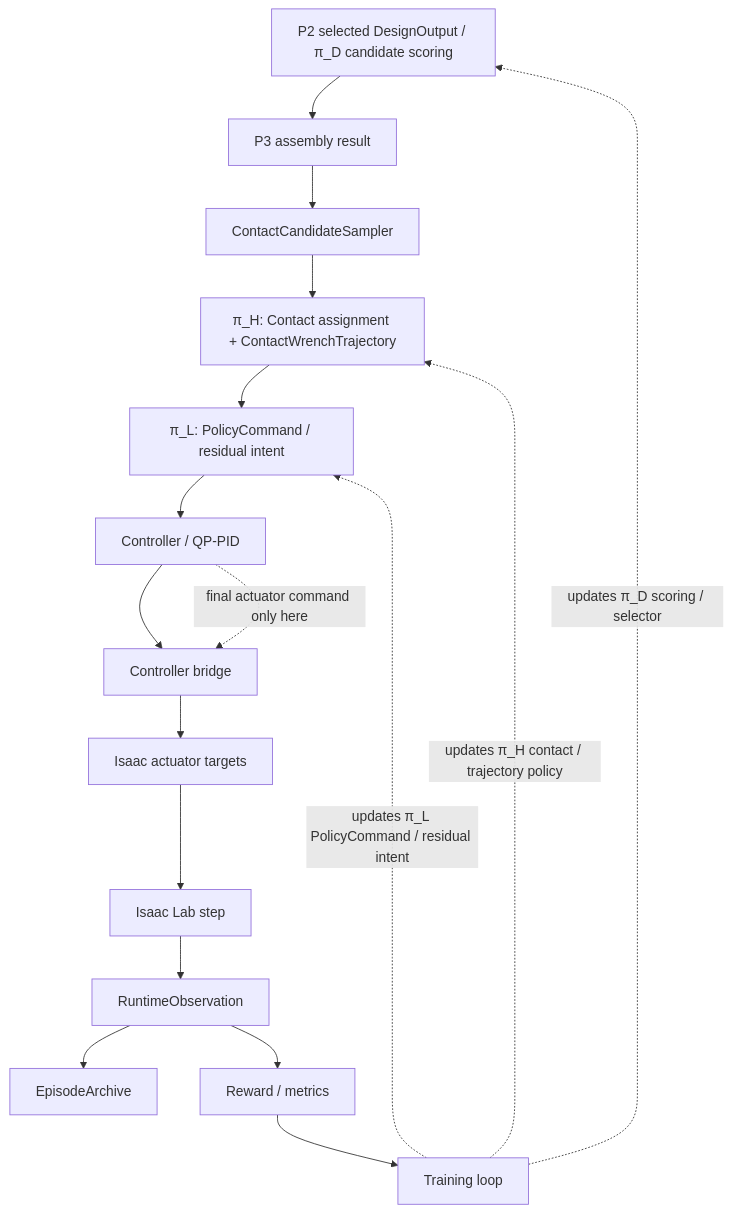
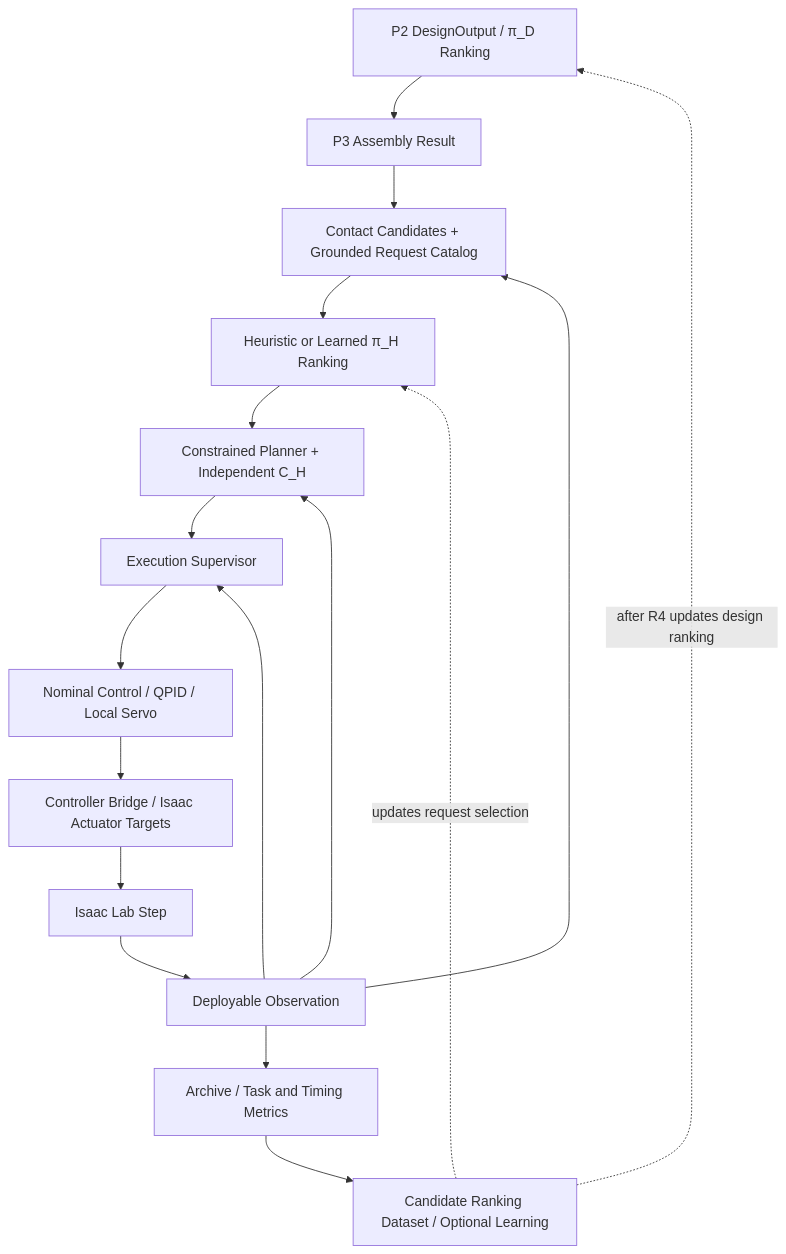
One commit to sugihara-16/aerial-creator changed diagram 12 of 13 in for_codex/A-MSRR_codex_ready_spec_v0_5_ja.md. Above: the diagram before and after it, drawn with Mermaid. The commit also changed other lines of this file and 3 other files, not shown here.

````diff
--- a/for_codex/A-MSRR_codex_ready_spec_v0_5_ja.md
+++ b/for_codex/A-MSRR_codex_ready_spec_v0_5_ja.md
@@ -3964,19 +4069,19 @@
 ```mermaid
 flowchart TD
-    A[P2 selected DesignOutput / π_D candidate scoring] --> B[P3 assembly result]
-    B --> C[ContactCandidateSampler]
-    C --> D[π_H: Contact assignment + ContactWrenchTrajectory]
-    D --> E[π_L: PolicyCommand / residual intent]
-    E --> F[Controller / QP-PID]
-    F --> G[Controller bridge]
-    G --> H[Isaac actuator targets]
-    H --> I[Isaac Lab step]
-    I --> J[RuntimeObservation]
-    J --> K[EpisodeArchive]
-    J --> L[Reward / metrics]
-    L --> M[Training loop]
-    M -. updates π_D scoring / selector .-> A
-    M -. updates π_H contact / trajectory policy .-> D
-    M -. updates π_L PolicyCommand / residual intent .-> E
-    F -. final actuator command only here .-> G
+    A[P2 DesignOutput / π_D Ranking] --> B[P3 Assembly Result]
+    B --> C[Contact Candidates + Grounded Request Catalog]
+    C --> D[Heuristic or Learned π_H Ranking]
+    D --> E[Constrained Planner + Independent C_H]
+    E --> F[Execution Supervisor]
+    F --> G[Nominal Control / QPID / Local Servo]
+    G --> H[Controller Bridge / Isaac Actuator Targets]
+    H --> I[Isaac Lab Step]
+    I --> J[Deployable Observation]
+    J --> C
+    J --> E
+    J --> F
+    J --> K[Archive / Task and Timing Metrics]
+    K --> L[Candidate Ranking Dataset / Optional Learning]
+    L -. updates request selection .-> D
+    L -. after R4 updates design ranking .-> A
 ```
````
